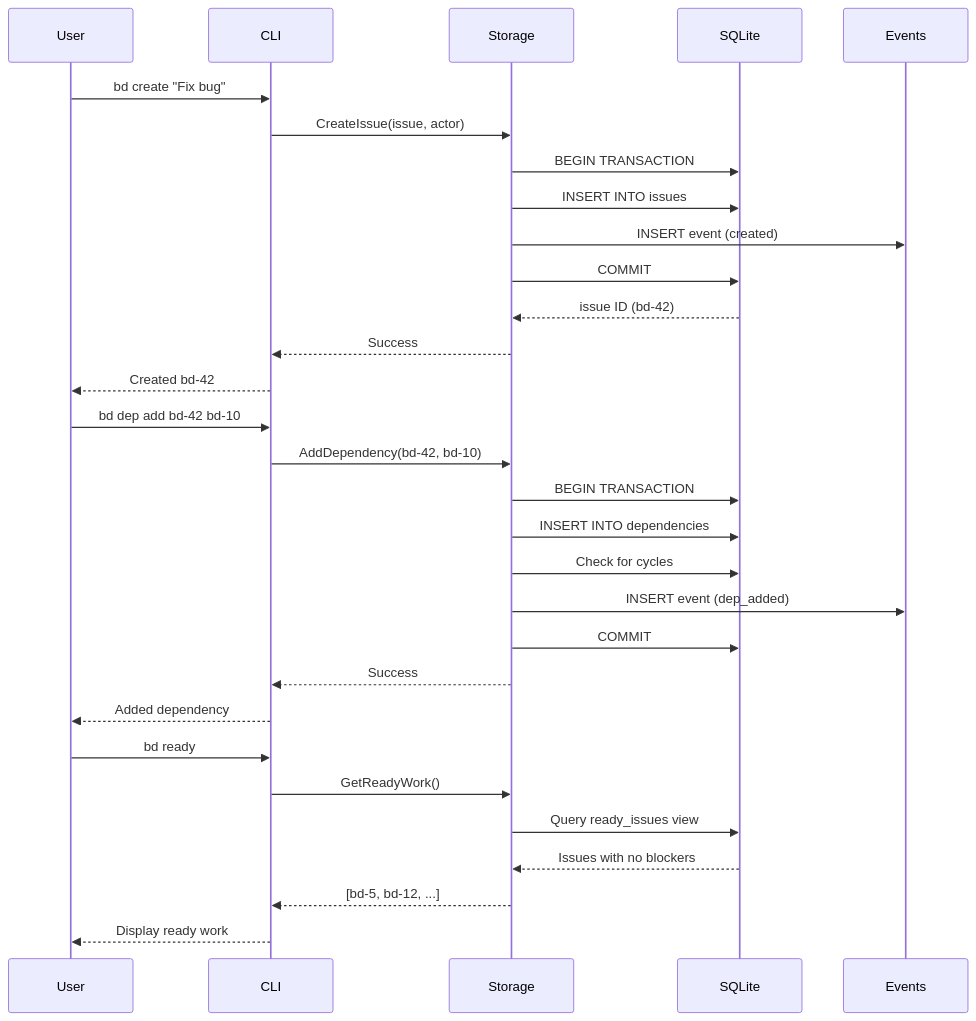
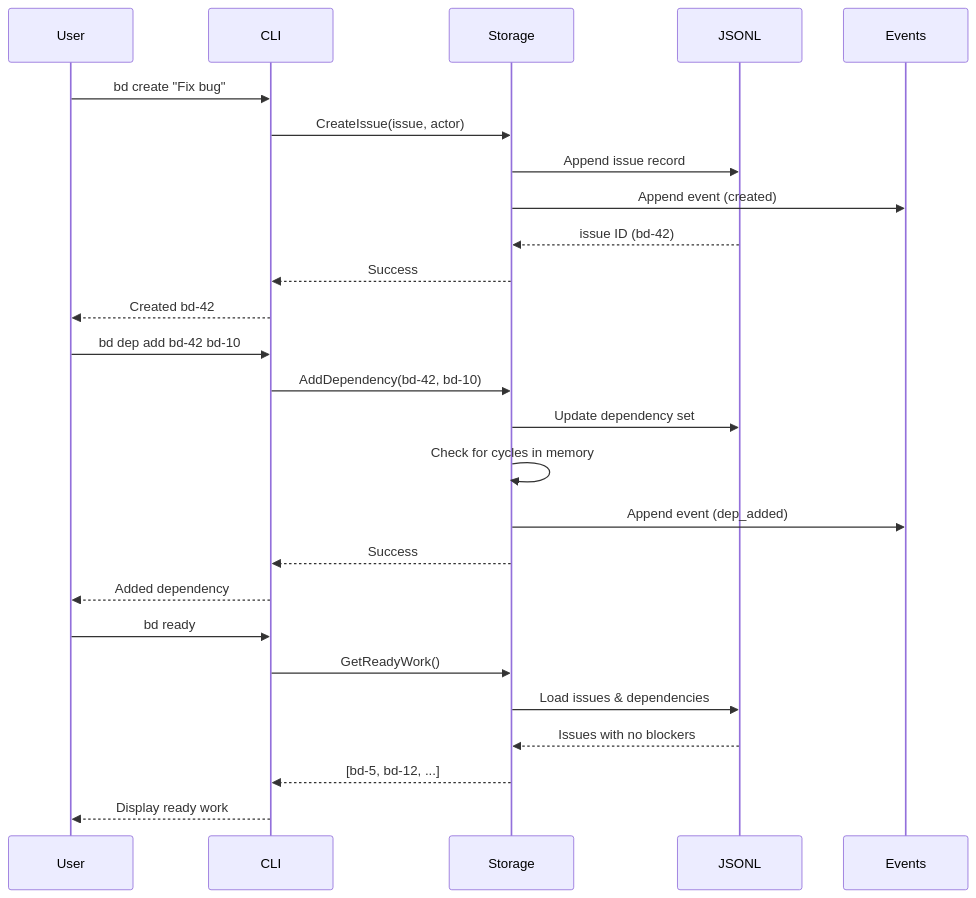
The fifth of 6 diagrams in docs/work/2025-10-30-design.md (ai-tools-all/beadify), drawn with Mermaid before and after one commit. The commit also changed other lines of this file, not shown here.

````diff
--- a/docs/work/2025-10-30-design.md
+++ b/docs/work/2025-10-30-design.md
@@ -191,35 +197,31 @@
 ```mermaid
 sequenceDiagram
     participant User
     participant CLI
     participant Storage
-    participant SQLite
+    participant JSONL
     participant Events
 
     User->>CLI: bd create "Fix bug"
     CLI->>Storage: CreateIssue(issue, actor)
-    Storage->>SQLite: BEGIN TRANSACTION
-    Storage->>SQLite: INSERT INTO issues
-    Storage->>Events: INSERT event (created)
-    Storage->>SQLite: COMMIT
-    SQLite-->>Storage: issue ID (bd-42)
+    Storage->>JSONL: Append issue record
+    Storage->>Events: Append event (created)
+    JSONL-->>Storage: issue ID (bd-42)
     Storage-->>CLI: Success
     CLI-->>User: Created bd-42
 
     User->>CLI: bd dep add bd-42 bd-10
     CLI->>Storage: AddDependency(bd-42, bd-10)
-    Storage->>SQLite: BEGIN TRANSACTION
-    Storage->>SQLite: INSERT INTO dependencies
-    Storage->>SQLite: Check for cycles
-    Storage->>Events: INSERT event (dep_added)
-    Storage->>SQLite: COMMIT
+    Storage->>JSONL: Update dependency set
+    Storage->>Storage: Check for cycles in memory
+    Storage->>Events: Append event (dep_added)
     Storage-->>CLI: Success
     CLI-->>User: Added dependency
 
     User->>CLI: bd ready
     CLI->>Storage: GetReadyWork()
-    Storage->>SQLite: Query ready_issues view
-    SQLite-->>Storage: Issues with no blockers
+    Storage->>JSONL: Load issues & dependencies
+    JSONL-->>Storage: Issues with no blockers
     Storage-->>CLI: [bd-5, bd-12, ...]
     CLI-->>User: Display ready work
 ```
````
